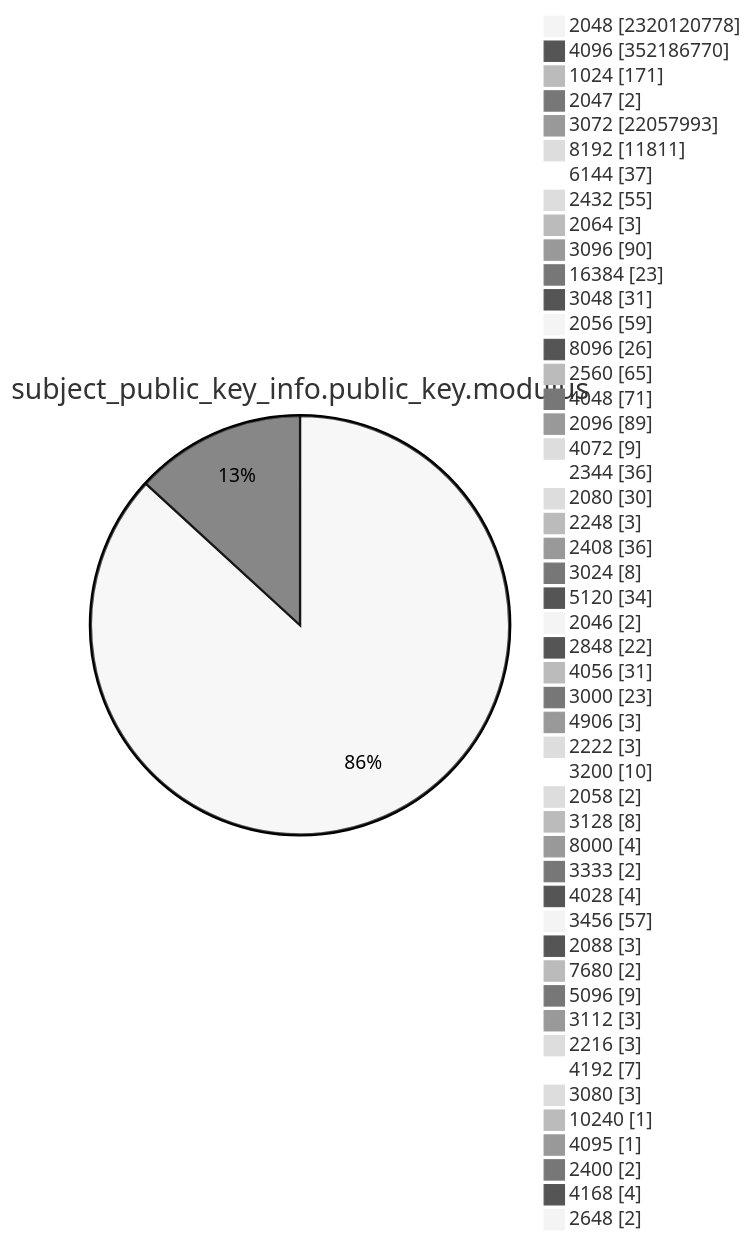
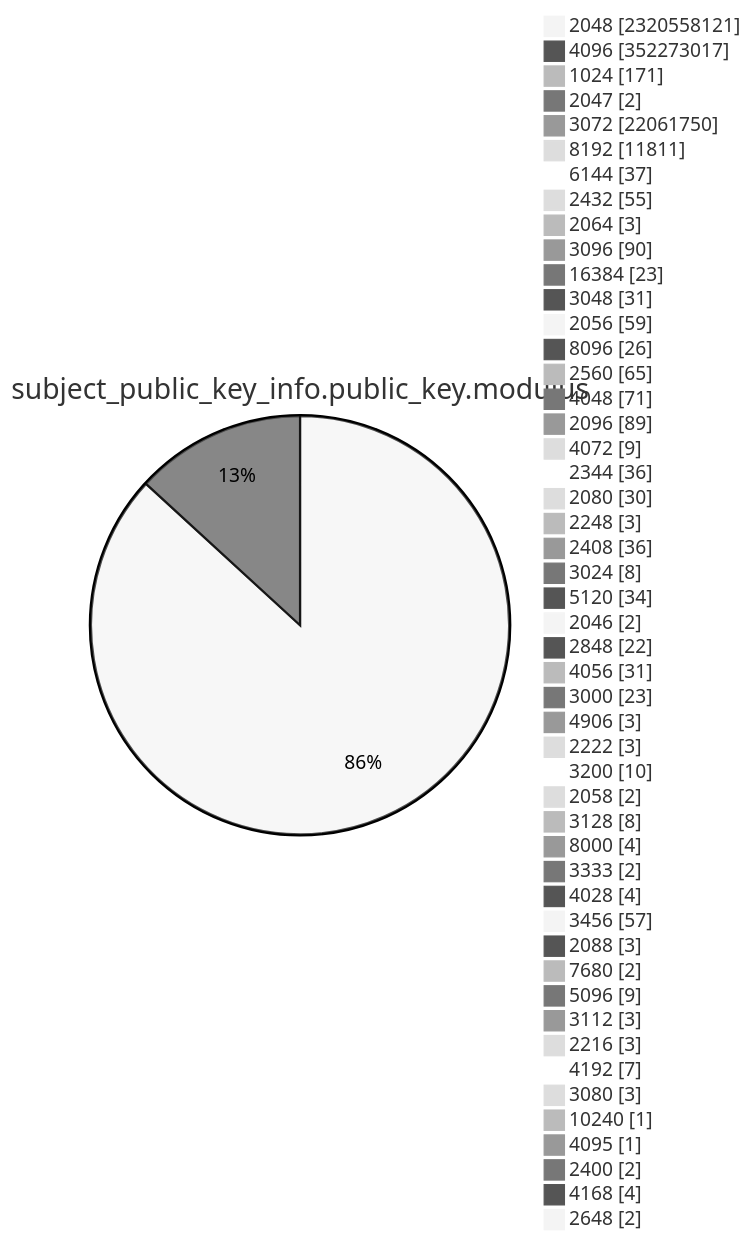
Diagram 13 of 15 in TOTAL/README.md (christiankrug/ctmonitor_visualization), drawn with Mermaid (neutral theme) before and after one commit. The commit also changed other lines of this file, not shown here.

````diff
--- a/TOTAL/README.md
+++ b/TOTAL/README.md
@@ -4167,53 +4167,53 @@
 ```mermaid
 pie showData
 title subject_public_key_info.public_key.modulus
-"2048" :2320120778
-"4096" :352186770
+"2048" :2320558121
+"4096" :352273017
 "1024" :171
 "2047" :2
-"3072" :22057993
+"3072" :22061750
 "8192" :11811
 "6144" :37
 "2432" :55
 "2064" :3
 "3096" :90
 "16384" :23
 "3048" :31
 "2056" :59
 "8096" :26
 "2560" :65
 "4048" :71
 "2096" :89
 "4072" :9
 "2344" :36
 "2080" :30
 "2248" :3
 "2408" :36
 "3024" :8
 "5120" :34
 "2046" :2
 "2848" :22
 "4056" :31
 "3000" :23
 "4906" :3
 "2222" :3
 "3200" :10
 "2058" :2
 "3128" :8
 "8000" :4
 "3333" :2
 "4028" :4
 "3456" :57
 "2088" :3
 "7680" :2
 "5096" :9
 "3112" :3
 "2216" :3
 "4192" :7
 "3080" :3
 "10240" :1
 "4095" :1
 "2400" :2
 "4168" :4
 "2648" :2
 ```
````
